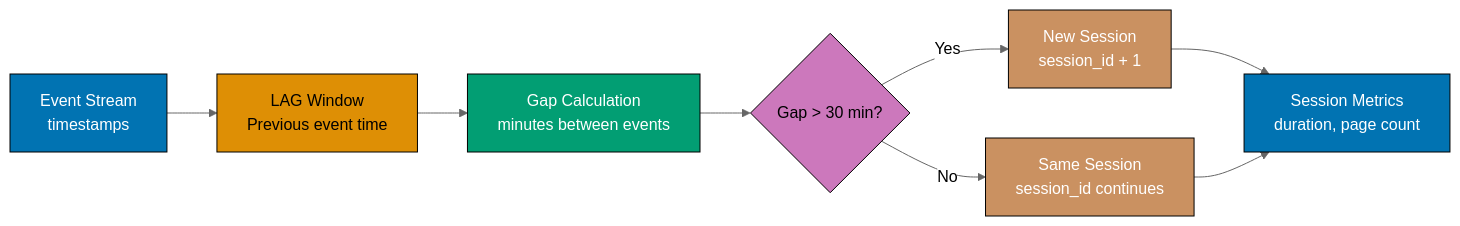
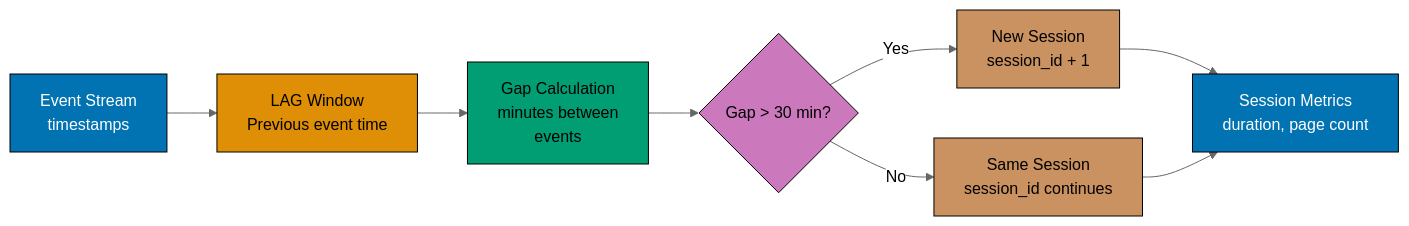
One commit to wahidyankf/ose-public changed the fourth of 10 diagrams in apps/ayokoding-www/content/en/learn/legacy/software-engineering/data/databases/sql/by-example/advanced.md. Above: the diagram before and after it, drawn with Mermaid (neutral theme). The commit also changed other lines of this file and 131 other files, not shown here.

First line of the commit message:
fix(mermaid): bring the legacy data, infrastructure, and testing diagrams onto the accessible palette

````diff
--- a/apps/ayokoding-www/content/en/learn/legacy/software-engineering/data/databases/sql/by-example/advanced.md
+++ b/apps/ayokoding-www/content/en/learn/legacy/software-engineering/data/databases/sql/by-example/advanced.md
@@ -486,27 +509,35 @@
 ```mermaid
 %% Color Palette: Blue #0173B2, Orange #DE8F05, Teal #029E73, Purple #CC78BC, Brown #CA9161
 graph LR
+    accTitle: Example 64: Sessionization
+    accDescr: Graph with 7 nodes and 7 connections. Nodes: Event Stream timestamps, LAG Window Previous event time, Gap Calculation minutes between events, Gap > 30 min?, New Session session_id + 1, Same Session session_id continues, Session Metrics duration, page count. Connections: Event Stream timestamps to LAG Window Previous event time, LAG Window Previous event time to Gap Calculation minutes between events, Gap Calculation minutes between events to Gap > 30 min?, Gap > 30 min? to New Session session_id + 1 (Yes), Gap > 30 min? to Same Session session_id continues (No), New Session session_id + 1 to Session Metrics duration, page count, Same Session session_id continues to Session Metrics duration, page count.
     A["Event Stream<br/>timestamps"]
     B["LAG Window<br/>Previous event time"]
-    C["Gap Calculation<br/>minutes between events"]
+    C["Gap Calculation<br/>minutes between<br/>events"]
     D{"Gap > 30 min?"}
     E["New Session<br/>session_id + 1"]
     F["Same Session<br/>session_id continues"]
     G["Session Metrics<br/>duration, page count"]
 
     A --> B
     B --> C
     C --> D
     D -->|Yes| E
     D -->|No| F
     E --> G
     F --> G
 
-    style A fill:#0173B2,stroke:#000,color:#fff
-    style B fill:#DE8F05,stroke:#000,color:#000
-    style C fill:#029E73,stroke:#000,color:#fff
-    style D fill:#CC78BC,stroke:#000,color:#000
-    style E fill:#CA9161,stroke:#000,color:#fff
-    style F fill:#CA9161,stroke:#000,color:#fff
-    style G fill:#0173B2,stroke:#000,color:#fff
+    classDef pal-0173B2 fill:#0173B2,stroke:#000000,color:#FFFFFF
+    class A pal-0173B2
+    classDef pal-DE8F05 fill:#DE8F05,stroke:#000000,color:#000000
+    class B pal-DE8F05
+    classDef pal-029E73 fill:#029E73,stroke:#000000,color:#000000
+    class C pal-029E73
+    classDef pal-CC78BC fill:#CC78BC,stroke:#000000,color:#000000
+    class D pal-CC78BC
+    classDef pal-CA9161 fill:#CA9161,stroke:#000000,color:#000000
+    class E pal-CA9161
+    class F pal-CA9161
+    class G pal-0173B2
+    classDef default fill:#FFFFFF,stroke:#000000,color:#000000
 ```
````
